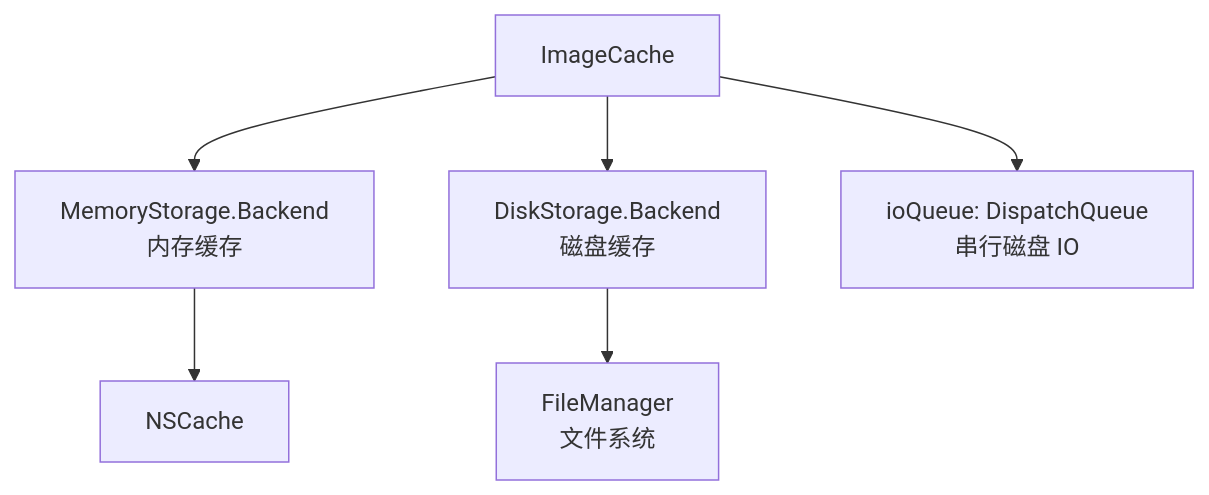
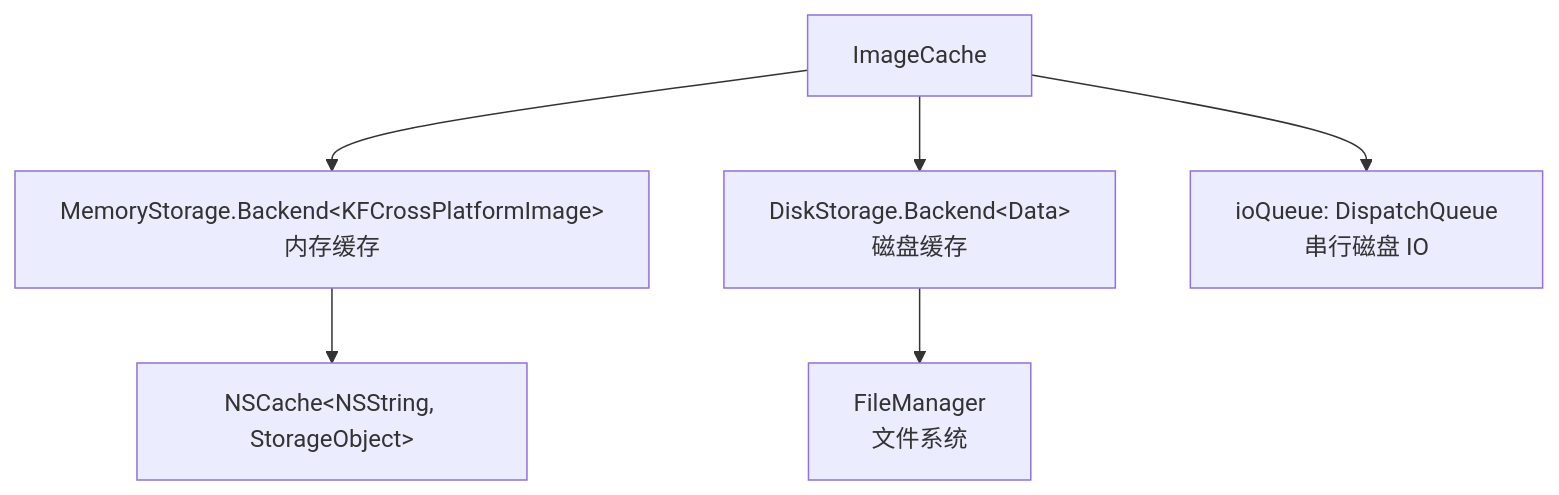
Before and after one commit to AmatsuZero/LastStand: the third of 5 diagrams in content/posts/interview/ios-source-analysis/Kingfisher源码导读/index.md, drawn with Mermaid. The commit also changed 6 other files, not shown here.

First line of the commit message:
fix(mermaid): escape angle brackets in node labels for Mermaid 11+ compatibility

````diff
--- a/content/posts/interview/ios-source-analysis/Kingfisher源码导读/index.md
+++ b/content/posts/interview/ios-source-analysis/Kingfisher源码导读/index.md
@@ -297,10 +297,10 @@
 ```mermaid
 graph TB
-    A["ImageCache"] --> B["MemoryStorage.Backend<KFCrossPlatformImage><br/>内存缓存"]
-    A --> C["DiskStorage.Backend<Data><br/>磁盘缓存"]
+    A["ImageCache"] --> B["MemoryStorage.Backend&lt;KFCrossPlatformImage&gt;<br/>内存缓存"]
+    A --> C["DiskStorage.Backend&lt;Data&gt;<br/>磁盘缓存"]
     
-    B --> D["NSCache<NSString, StorageObject>"]
+    B --> D["NSCache&lt;NSString, StorageObject&gt;"]
     C --> E["FileManager<br/>文件系统"]
     
     A --> F["ioQueue: DispatchQueue<br/>串行磁盘 IO"]
 ```
````
